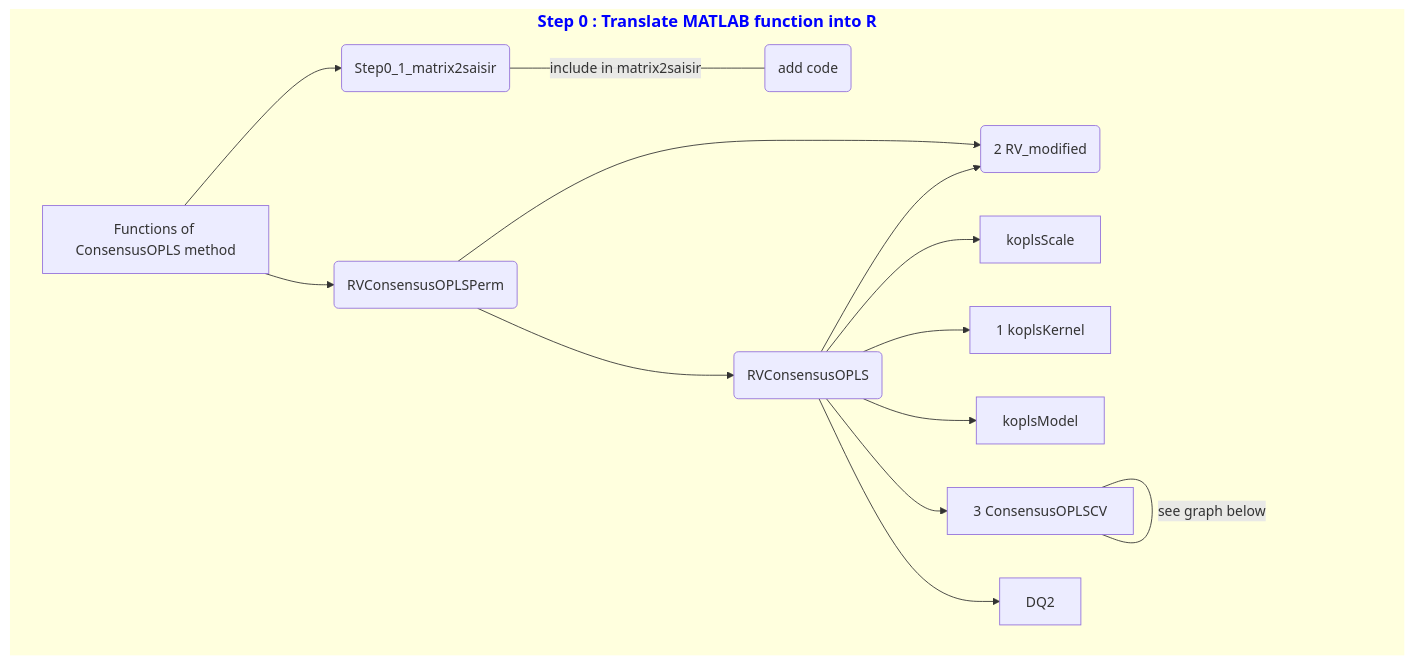
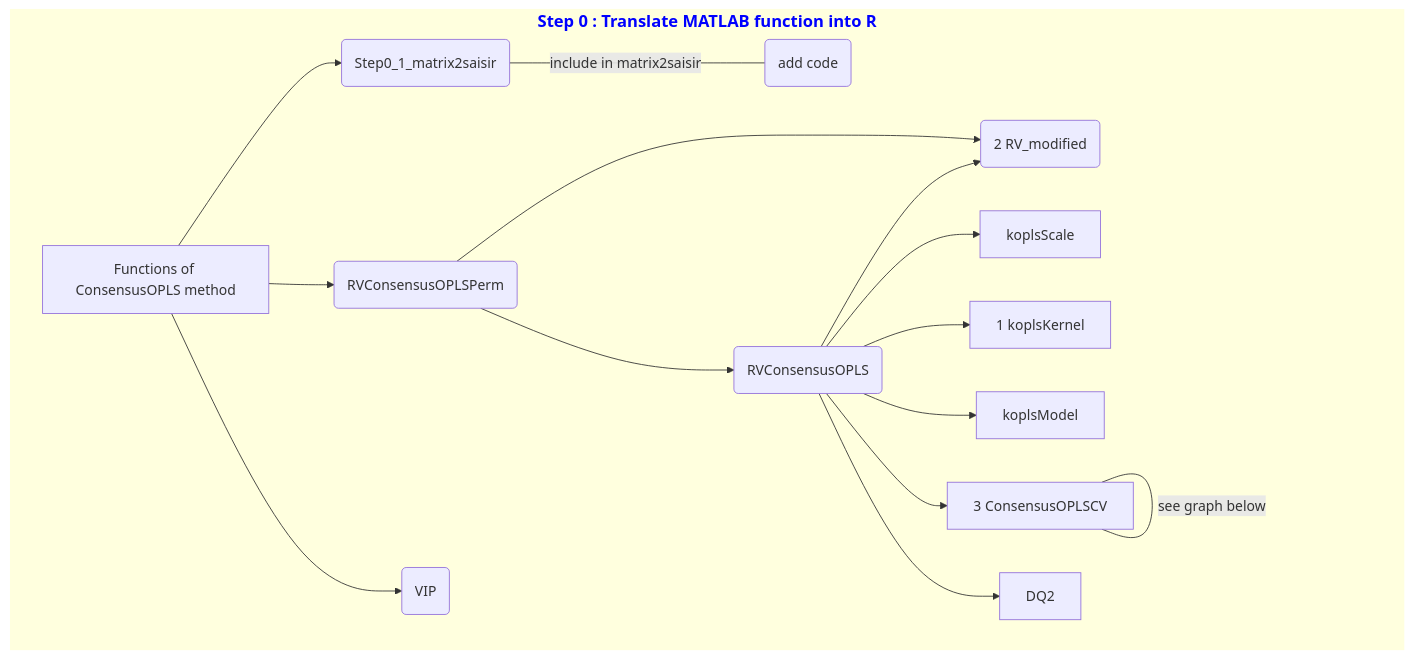
The first of 2 diagrams in README.md (sib-swiss/consensusOPLS), drawn with Mermaid before and after one commit. The commit also changed other lines of this file, not shown here.

Commit message:
Update mindmap with add VIP.

````diff
--- a/README.md
+++ b/README.md
@@ -9,33 +9,35 @@
 ```mermaid
 graph TD
 classDef Title stroke-width:0, color:blue, font-weight:bold, font-size: 19px;
 
 0[Functions of ConsensusOPLS method]
     subgraph Number1[Step 0 : Translate MATLAB function into R]
     0 --> 1
     1(Step0_1_matrix2saisir) 
     0 --> 2
     2(RVConsensusOPLSPerm)
+	0 --> 11
+	11(VIP)
 
     1 --- |include in matrix2saisir| 3
     3(add code)
 
     2 --> 4(RVConsensusOPLS)
     2 --> 5(2 RV_modified)
 
     4 --> 6
     6[koplsScale]
     4 --> 7
     7[1 koplsKernel]
     4 --> 8
     8[koplsModel]
     4 --> 5
     4 --> 9
     9[3 ConsensusOPLSCV]
     4 --> 10
     10[DQ2]
 
     9 --- |see graph below| 9
     end
     class Number1 Title;
 ```
````
